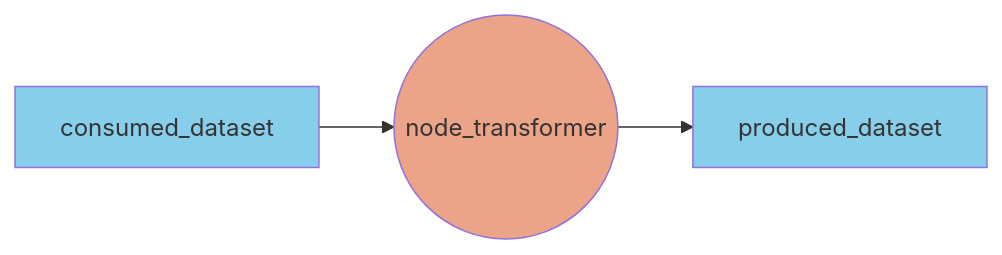
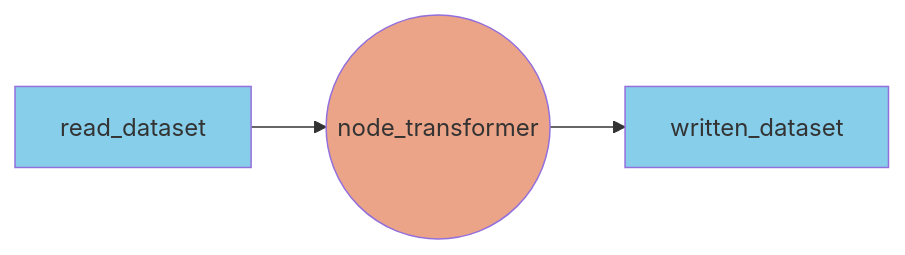
Before and after one commit to aineko-dev/aineko: the third of 3 diagrams in docs/developer_guide/node_implementation.md, drawn with Mermaid. The commit also changed other lines of this file and 33 other files, not shown here.

````diff
--- a/docs/developer_guide/node_implementation.md
+++ b/docs/developer_guide/node_implementation.md
@@ -136,7 +136,7 @@
         ```mermaid
         flowchart LR
         classDef datasetClass fill:#87CEEB
         classDef nodeClass fill:#eba487
-        T_consumed_dataset[consumed_dataset]:::datasetClass -->  N_node_transformer((node_transformer)):::nodeClass
-        N_node_transformer((node_transformer)):::nodeClass -->  T_produced_dataset[produced_dataset]:::datasetClass
+        T_consumed_dataset[read_dataset]:::datasetClass -->  N_node_transformer((node_transformer)):::nodeClass
+        N_node_transformer((node_transformer)):::nodeClass -->  T_produced_dataset[written_dataset]:::datasetClass
         ```
````
